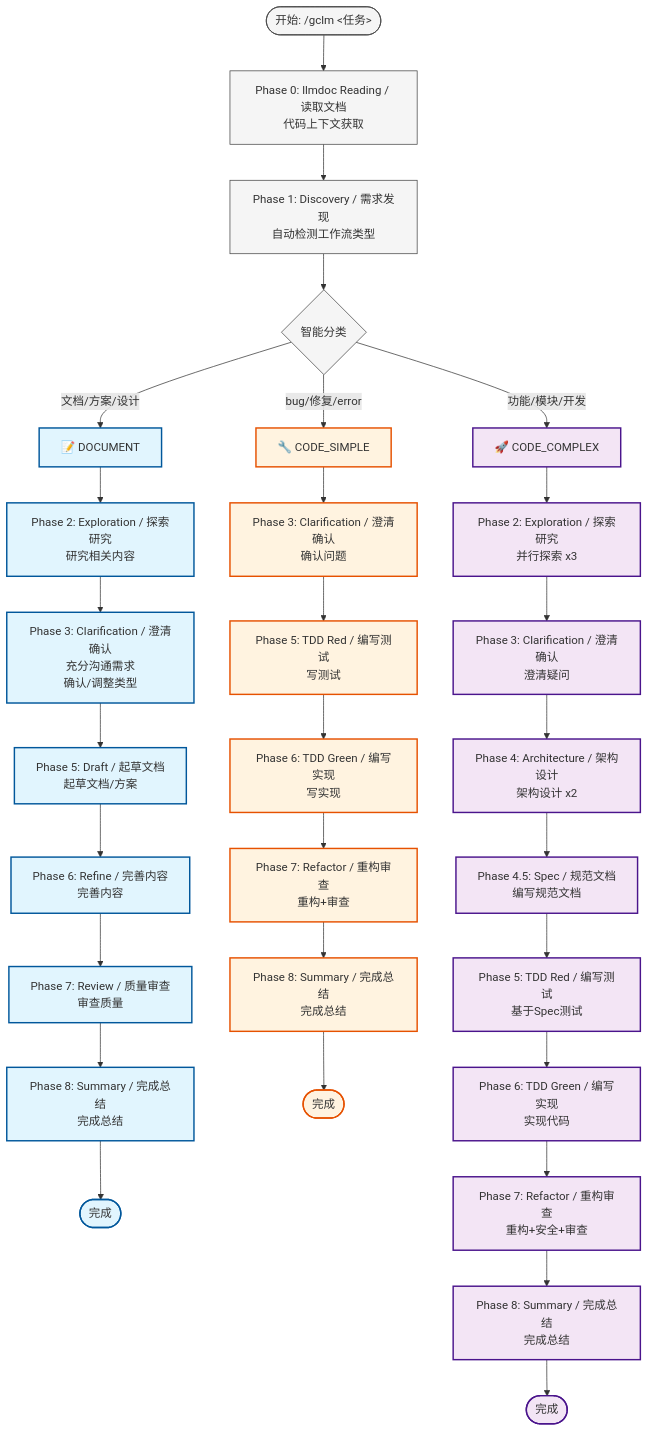
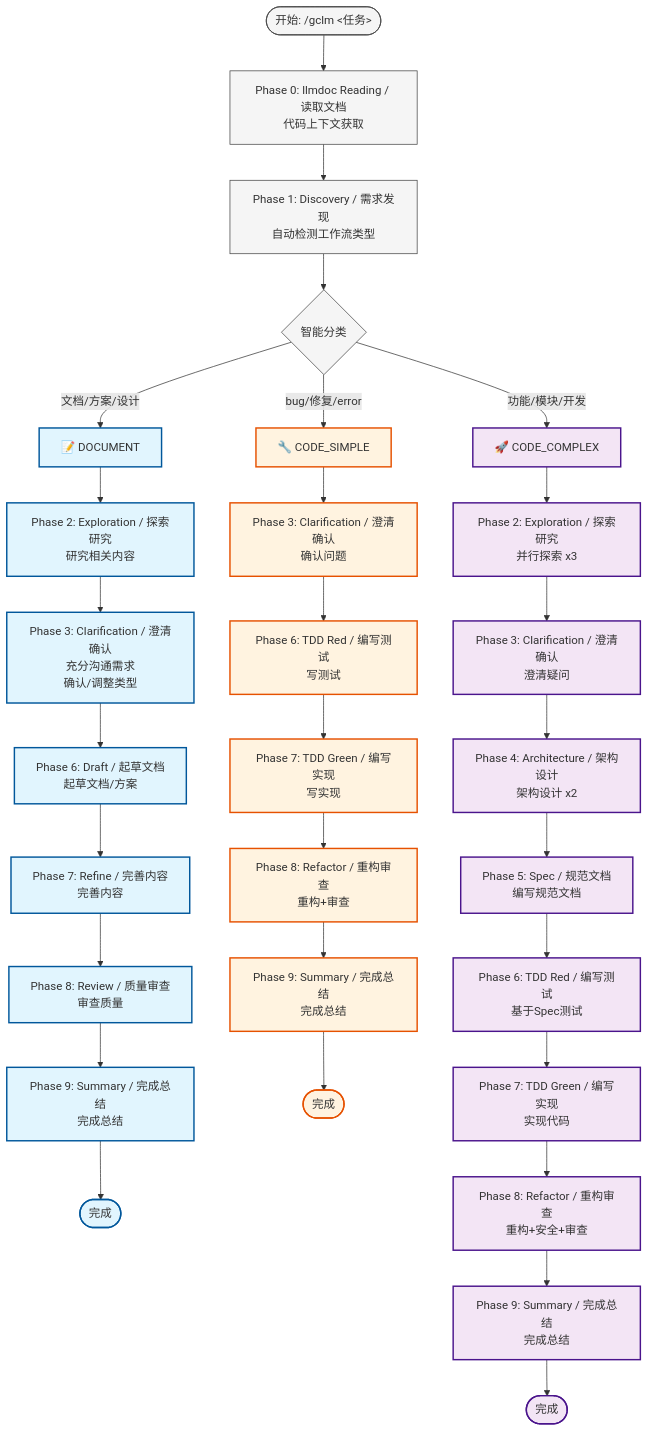
The first of 2 diagrams in rules/phases.md (gclm/gclm-flow), drawn with Mermaid before and after one commit. The commit also changed other lines of this file and 17 other files, not shown here.

Commit message:
fix: 重构gclm-flow工作流

````diff
--- a/rules/phases.md
+++ b/rules/phases.md
@@ -23,50 +23,50 @@
 ```mermaid
 flowchart TD
     Start([开始: /gclm <任务>]) --> P0["Phase 0: llmdoc Reading / 读取文档<br/>代码上下文获取"]
     P0 --> P1["Phase 1: Discovery / 需求发现<br/>自动检测工作流类型"]
 
     P1 --> Detect{智能分类}
 
     Detect -->|文档/方案/设计| Doc[📝 DOCUMENT]
     Detect -->|bug/修复/error| Simple[🔧 CODE_SIMPLE]
     Detect -->|功能/模块/开发| Complex[🚀 CODE_COMPLEX]
 
     %% DOCUMENT 工作流
     Doc --> P2_Doc["Phase 2: Exploration / 探索研究<br/>研究相关内容"]
     P2_Doc --> P3_Doc["Phase 3: Clarification / 澄清确认<br/>充分沟通需求<br/>确认/调整类型"]
-    P3_Doc --> P5_Doc["Phase 5: Draft / 起草文档<br/>起草文档/方案"]
-    P5_Doc --> P6_Doc["Phase 6: Refine / 完善内容<br/>完善内容"]
-    P6_Doc --> P7_Doc["Phase 7: Review / 质量审查<br/>审查质量"]
-    P7_Doc --> P8_Doc["Phase 8: Summary / 完成总结<br/>完成总结"]
-    P8_Doc --> End_Doc([完成])
+    P3_Doc --> P6_Doc["Phase 6: Draft / 起草文档<br/>起草文档/方案"]
+    P6_Doc --> P7_Doc["Phase 7: Refine / 完善内容<br/>完善内容"]
+    P7_Doc --> P8_Doc["Phase 8: Review / 质量审查<br/>审查质量"]
+    P8_Doc --> P9_Doc["Phase 9: Summary / 完成总结<br/>完成总结"]
+    P9_Doc --> End_Doc([完成])
 
     %% CODE_SIMPLE 工作流
     Simple --> P3_Simple["Phase 3: Clarification / 澄清确认<br/>确认问题"]
-    P3_Simple --> P5_Simple["Phase 5: TDD Red / 编写测试<br/>写测试"]
-    P5_Simple --> P6_Simple["Phase 6: TDD Green / 编写实现<br/>写实现"]
-    P6_Simple --> P7_Simple["Phase 7: Refactor / 重构审查<br/>重构+审查"]
-    P7_Simple --> P8_Simple["Phase 8: Summary / 完成总结<br/>完成总结"]
-    P8_Simple --> End_Simple([完成])
+    P3_Simple --> P6_Simple["Phase 6: TDD Red / 编写测试<br/>写测试"]
+    P6_Simple --> P7_Simple["Phase 7: TDD Green / 编写实现<br/>写实现"]
+    P7_Simple --> P8_Simple["Phase 8: Refactor / 重构审查<br/>重构+审查"]
+    P8_Simple --> P9_Simple["Phase 9: Summary / 完成总结<br/>完成总结"]
+    P9_Simple --> End_Simple([完成])
 
     %% CODE_COMPLEX 工作流
     Complex --> P2_Complex["Phase 2: Exploration / 探索研究<br/>并行探索 x3"]
     P2_Complex --> P3_Complex["Phase 3: Clarification / 澄清确认<br/>澄清疑问"]
     P3_Complex --> P4_Complex["Phase 4: Architecture / 架构设计<br/>架构设计 x2"]
-    P4_Complex --> P45_Complex["Phase 4.5: Spec / 规范文档<br/>编写规范文档"]
-    P45_Complex --> P5_Complex["Phase 5: TDD Red / 编写测试<br/>基于Spec测试"]
-    P5_Complex --> P6_Complex["Phase 6: TDD Green / 编写实现<br/>实现代码"]
-    P6_Complex --> P7_Complex["Phase 7: Refactor / 重构审查<br/>重构+安全+审查"]
-    P7_Complex --> P8_Complex["Phase 8: Summary / 完成总结<br/>完成总结"]
-    P8_Complex --> End_Complex([完成])
+    P4_Complex --> P5_Complex["Phase 5: Spec / 规范文档<br/>编写规范文档"]
+    P5_Complex --> P6_Complex["Phase 6: TDD Red / 编写测试<br/>基于Spec测试"]
+    P6_Complex --> P7_Complex["Phase 7: TDD Green / 编写实现<br/>实现代码"]
+    P7_Complex --> P8_Complex["Phase 8: Refactor / 重构审查<br/>重构+安全+审查"]
+    P8_Complex --> P9_Complex["Phase 9: Summary / 完成总结<br/>完成总结"]
+    P9_Complex --> End_Complex([完成])
 
     %% 样式
     classDef docStyle fill:#e1f5fe,stroke:#01579b,stroke-width:2px
     classDef simpleStyle fill:#fff3e0,stroke:#e65100,stroke-width:2px
     classDef complexStyle fill:#f3e5f5,stroke:#4a148c,stroke-width:2px
     classDef phaseStyle fill:#f5f5f5,stroke:#424242,stroke-width:1px
 
-    class Doc,P2_Doc,P3_Doc,P5_Doc,P6_Doc,P7_Doc,P8_Doc,End_Doc docStyle
-    class Simple,P3_Simple,P5_Simple,P6_Simple,P7_Simple,P8_Simple,End_Simple simpleStyle
-    class Complex,P2_Complex,P3_Complex,P4_Complex,P45_Complex,P5_Complex,P6_Complex,P7_Complex,P8_Complex,End_Complex complexStyle
+    class Doc,P2_Doc,P3_Doc,P6_Doc,P7_Doc,P8_Doc,P9_Doc,End_Doc docStyle
+    class Simple,P3_Simple,P6_Simple,P7_Simple,P8_Simple,P9_Simple,End_Simple simpleStyle
+    class Complex,P2_Complex,P3_Complex,P4_Complex,P5_Complex,P6_Complex,P7_Complex,P8_Complex,P9_Complex,End_Complex complexStyle
     class P0,P1,Detect,Start phaseStyle
 ```
````
